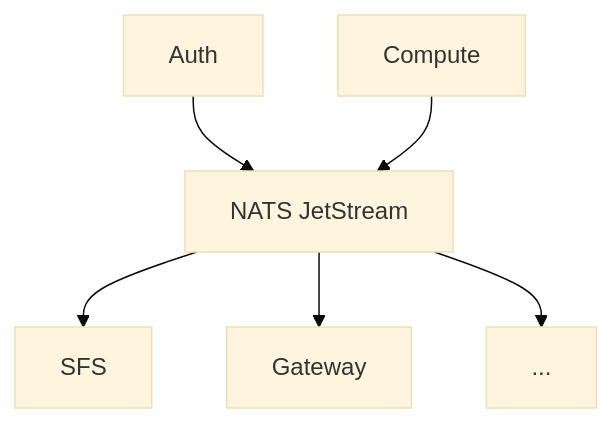
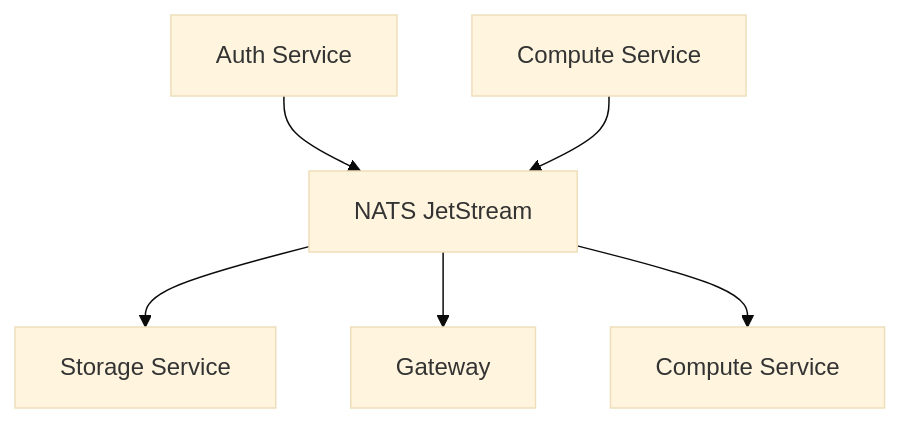
Before and after one commit to EddisonSo/cloud: the second of 2 diagrams in edd-cloud-docs/docs/architecture.md, drawn with Mermaid (base theme). The commit also changed other lines of this file and 2 other files, not shown here.

First line of the commit message:
docs(architecture): expand architecture and networking documentation

````diff
--- a/edd-cloud-docs/docs/architecture.md
+++ b/edd-cloud-docs/docs/architecture.md
@@ -114,9 +205,9 @@
 ```mermaid
 flowchart TB
-    Auth[Auth] --> NATS[NATS JetStream]
-    Compute[Compute] --> NATS
+    Auth[Auth Service] --> NATS[NATS JetStream]
+    Compute[Compute Service] --> NATS
 
-    NATS --> SFS[SFS]
+    NATS --> SFS[Storage Service]
     NATS --> Gateway[Gateway]
-    NATS --> Other[...]
+    NATS --> Compute2[Compute Service]
 ```
````
